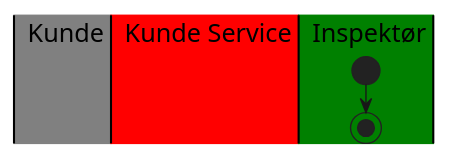
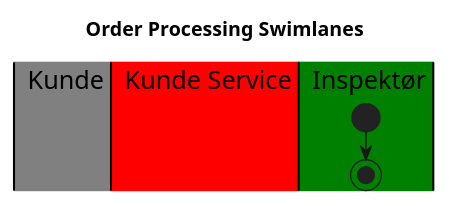
Before and after one commit to FilipMeldal/Team1A: the diagram in Templates/BPMN/BPMN - Template.plantuml, drawn with PlantUML.

Commit message:
Update BPMN - Template.plantuml

```diff
--- a/Templates/BPMN/BPMN - Template.plantuml
+++ b/Templates/BPMN/BPMN - Template.plantuml
@@ -1,9 +1,10 @@
 @startuml
+title Order Processing Swimlanes
 
 |#Gray|k| Kunde
 |#Red|ks| Kunde Service
 |#Green|i| Inspektør
 start
 
 stop
 @enduml
```
